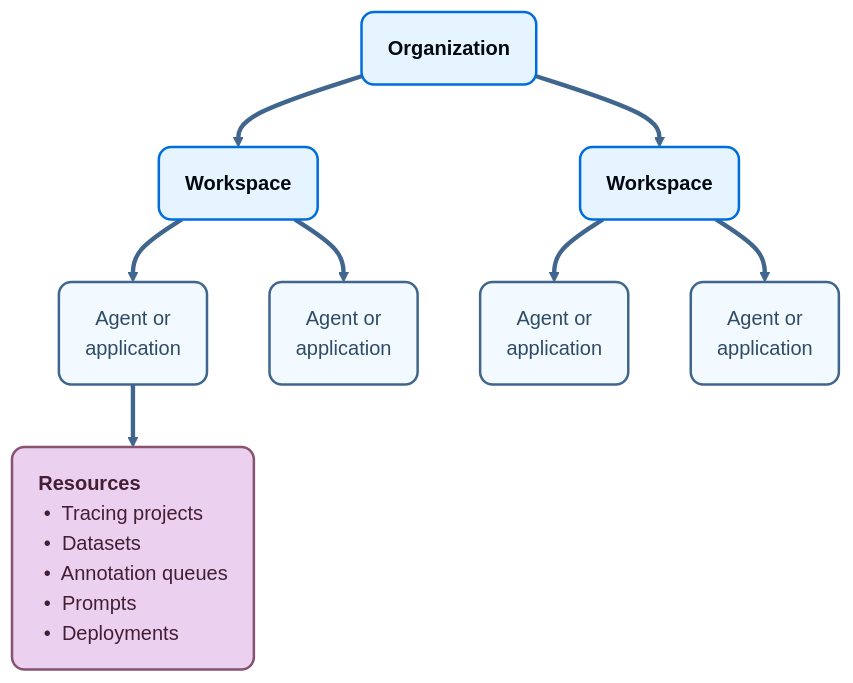
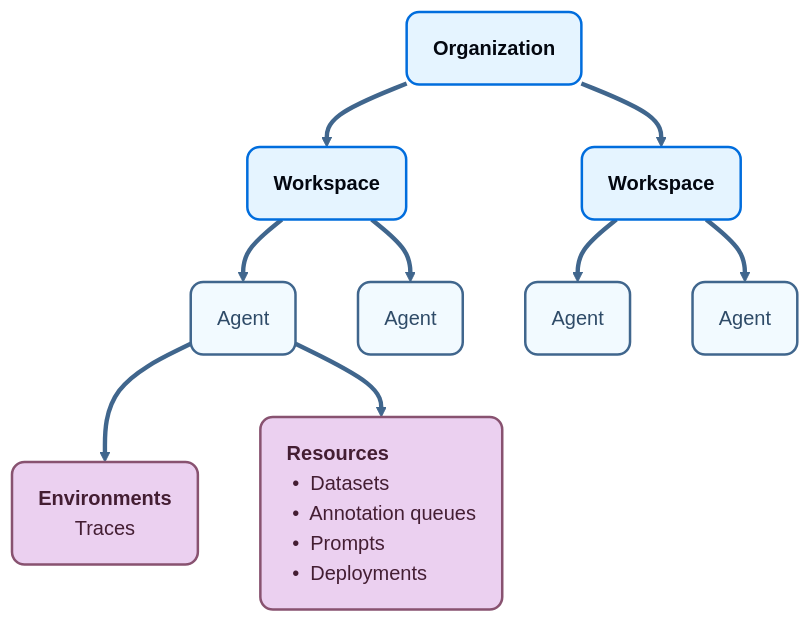
One commit to langchain-ai/docs changed the diagram in src/langsmith/administration-overview.mdx. Above: the diagram before and after it, drawn with Mermaid. The commit also changed other lines of this file and 1 other file, not shown here.

````diff
--- a/src/langsmith/administration-overview.mdx
+++ b/src/langsmith/administration-overview.mdx
@@ -69,25 +22,26 @@
 ```mermaid actions={false}
 %%{init: {"theme":"base","themeVariables":{"fontFamily":"Inter, system-ui, sans-serif","lineColor":"#40668D","primaryColor":"#E5F4FF","primaryTextColor":"#030710","primaryBorderColor":"#006DDD","clusterBkg":"transparent"}}}%%
 flowchart TD
     ORG("<div style='padding:2px 6px'><b>Organization</b></div>")
     WSA("<div style='padding:2px 6px'><b>Workspace</b></div>")
     WSB("<div style='padding:2px 6px'><b>Workspace</b></div>")
-    AG1("<div style='padding:2px 6px'>Agent or<br/>application</div>")
-    AG2("<div style='padding:2px 6px'>Agent or<br/>application</div>")
-    AG3("<div style='padding:2px 6px'>Agent or<br/>application</div>")
-    AG4("<div style='padding:2px 6px'>Agent or<br/>application</div>")
-    RES("<div style='text-align:left;padding:2px 6px'><b>Resources</b><br/>&nbsp;•&nbsp; Tracing projects<br/>&nbsp;•&nbsp; Datasets<br/>&nbsp;•&nbsp; Annotation queues<br/>&nbsp;•&nbsp; Prompts<br/>&nbsp;•&nbsp; Deployments</div>")
+    AG1("<div style='padding:2px 6px'>Agent</div>")
+    AG2("<div style='padding:2px 6px'>Agent</div>")
+    AG3("<div style='padding:2px 6px'>Agent</div>")
+    AG4("<div style='padding:2px 6px'>Agent</div>")
+    ENV("<div style='padding:2px 6px'><b>Environments</b><br/>Traces</div>")
+    RES("<div style='text-align:left;padding:2px 6px'><b>Resources</b><br/>&nbsp;•&nbsp; Datasets<br/>&nbsp;•&nbsp; Annotation queues<br/>&nbsp;•&nbsp; Prompts<br/>&nbsp;•&nbsp; Deployments</div>")
 
     ORG ==> WSA & WSB
     WSA ==> AG1 & AG2
     WSB ==> AG3 & AG4
-    AG1 ==> RES
+    AG1 ==> ENV & RES
 
     classDef neutral fill:#F2FAFF,stroke:#40668D,stroke-width:2px,color:#2F4B68,rx:10,ry:10
     classDef process fill:#E5F4FF,stroke:#006DDD,stroke-width:2px,color:#030710,rx:10,ry:10
     classDef output fill:#EBD0F0,stroke:#885270,stroke-width:2px,color:#441E33,rx:10,ry:10
 
     class ORG,WSA,WSB process
     class AG1,AG2,AG3,AG4 neutral
-    class RES output
+    class ENV,RES output
 ```
````
